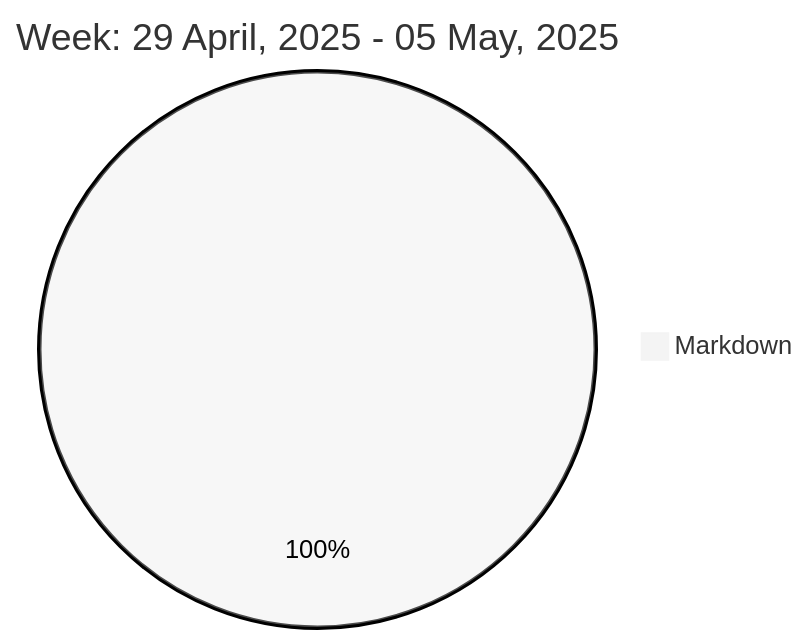
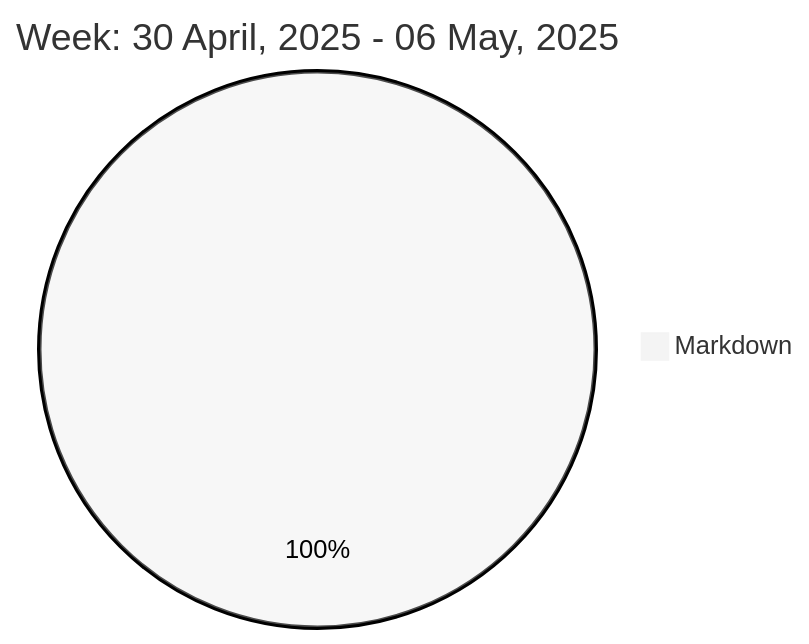
One commit to liubin95/liubin95 changed the diagram in README.md. Above: the diagram before and after it, drawn with Mermaid (neutral theme).

Commit message:
Updated the Graph with new Metrics

````diff
--- a/README.md
+++ b/README.md
@@ -37,5 +37,5 @@
 ```mermaid
  pie
-title Week: 29 April, 2025 - 05 May, 2025
- "Markdown" : 1.37
+title Week: 30 April, 2025 - 06 May, 2025
+ "Markdown" : 3.12
 ```
````
